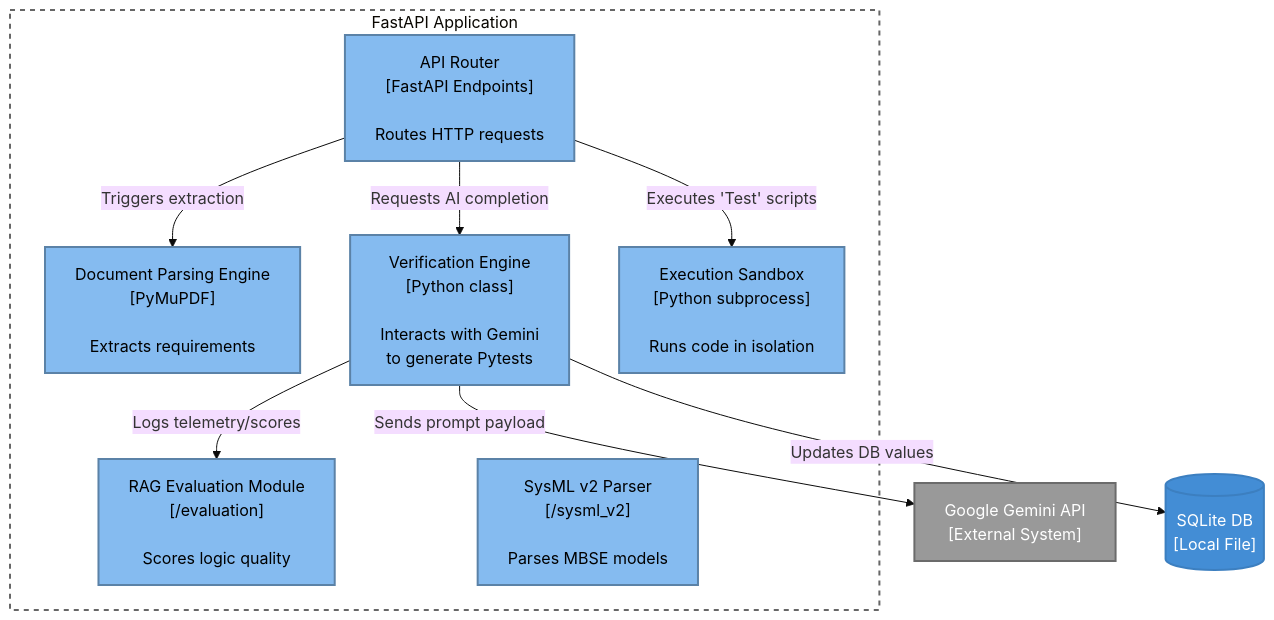
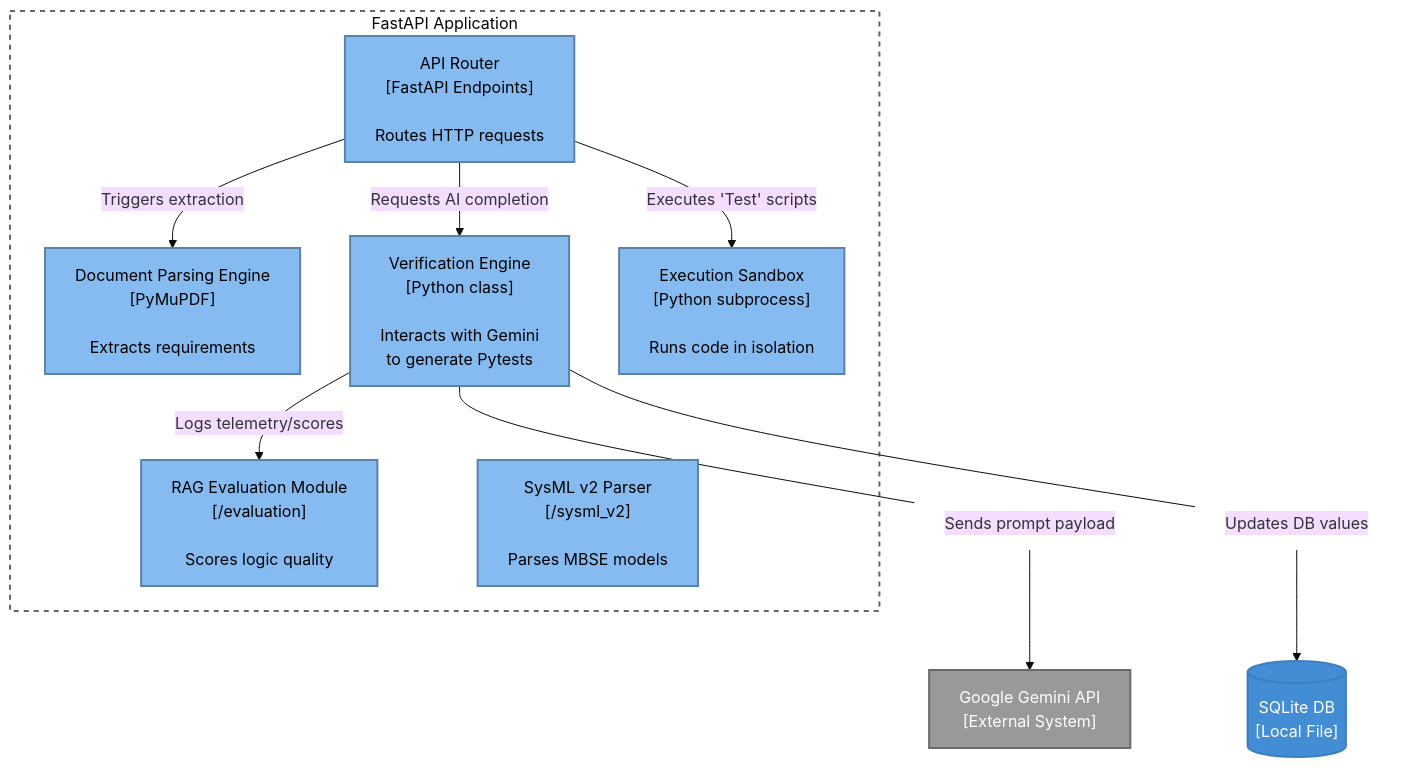
Before and after one commit to camirian/agentic-systems-verifier: the third of 3 diagrams in ARCHITECTURE.md, drawn with Mermaid (base theme). The commit also changed other lines of this file, not shown here.

Commit message:
docs: Change boundary-crossing edges to explicit label nodes to guarantee no subgraph overlap

````diff
--- a/ARCHITECTURE.md
+++ b/ARCHITECTURE.md
@@ -57,28 +60,31 @@
 ```mermaid
 flowchart TD
     classDef component fill:#85bbf0,color:#000,stroke:#5b82a7,stroke-width:2px
     classDef ext_system fill:#999999,color:#fff,stroke:#6b6b6b,stroke-width:2px
     classDef db fill:#438dd5,color:#fff,stroke:#3c7fc0,stroke-width:2px
+    classDef edgeLabel fill:none,stroke:none
 
     GeminiAPI["Google Gemini API<br>[External System]"]:::ext_system
     Database[("SQLite DB<br>[Local File]")]:::db
 
     subgraph BackendApp ["FastAPI Application"]
         Router["API Router<br>[FastAPI Endpoints]<br><br>Routes HTTP requests"]:::component
         DocParser["Document Parsing Engine<br>[PyMuPDF]<br><br>Extracts requirements"]:::component
         VerificationEngine["Verification Engine<br>[Python class]<br><br>Interacts with Gemini<br>to generate Pytests"]:::component
         ExecutionSandbox["Execution Sandbox<br>[Python subprocess]<br><br>Runs code in isolation"]:::component
         MetricsModule["RAG Evaluation Module<br>[/evaluation]<br><br>Scores logic quality"]:::component
         SysMLPipeline["SysML v2 Parser<br>[/sysml_v2]<br><br>Parses MBSE models"]:::component
     end
 
     Router -->|"Triggers extraction"| DocParser
     Router -->|"Requests AI completion"| VerificationEngine
     Router -->|"Executes 'Test' scripts"| ExecutionSandbox
     
-    VerificationEngine -->|"Sends prompt payload"| GeminiAPI
+    VerificationEngine --- Rel1["Sends prompt payload"]:::edgeLabel
+    Rel1 --> GeminiAPI
     VerificationEngine -->|"Logs telemetry/scores"| MetricsModule
-    VerificationEngine -->|"Updates DB values"| Database
+    VerificationEngine --- Rel2["Updates DB values"]:::edgeLabel
+    Rel2 --> Database
     
     style BackendApp fill:none,stroke:#666,stroke-width:2px,stroke-dasharray: 5 5
 ```
````
